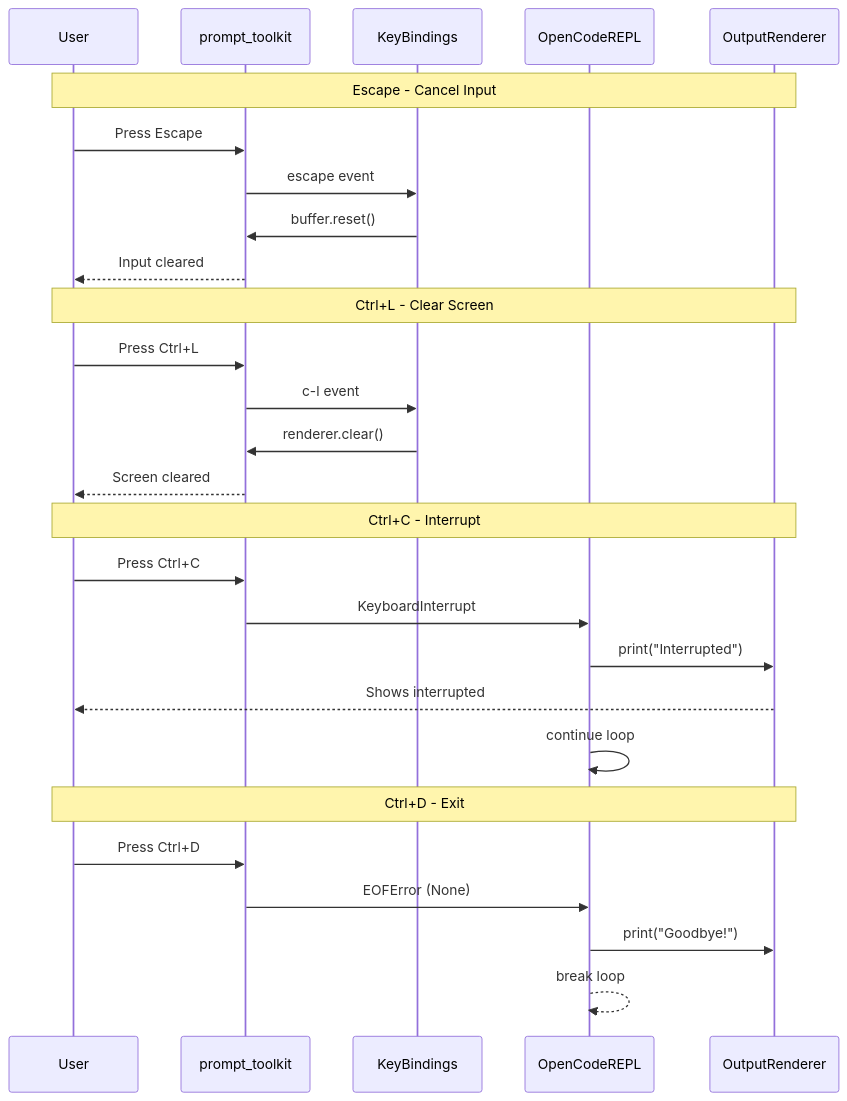
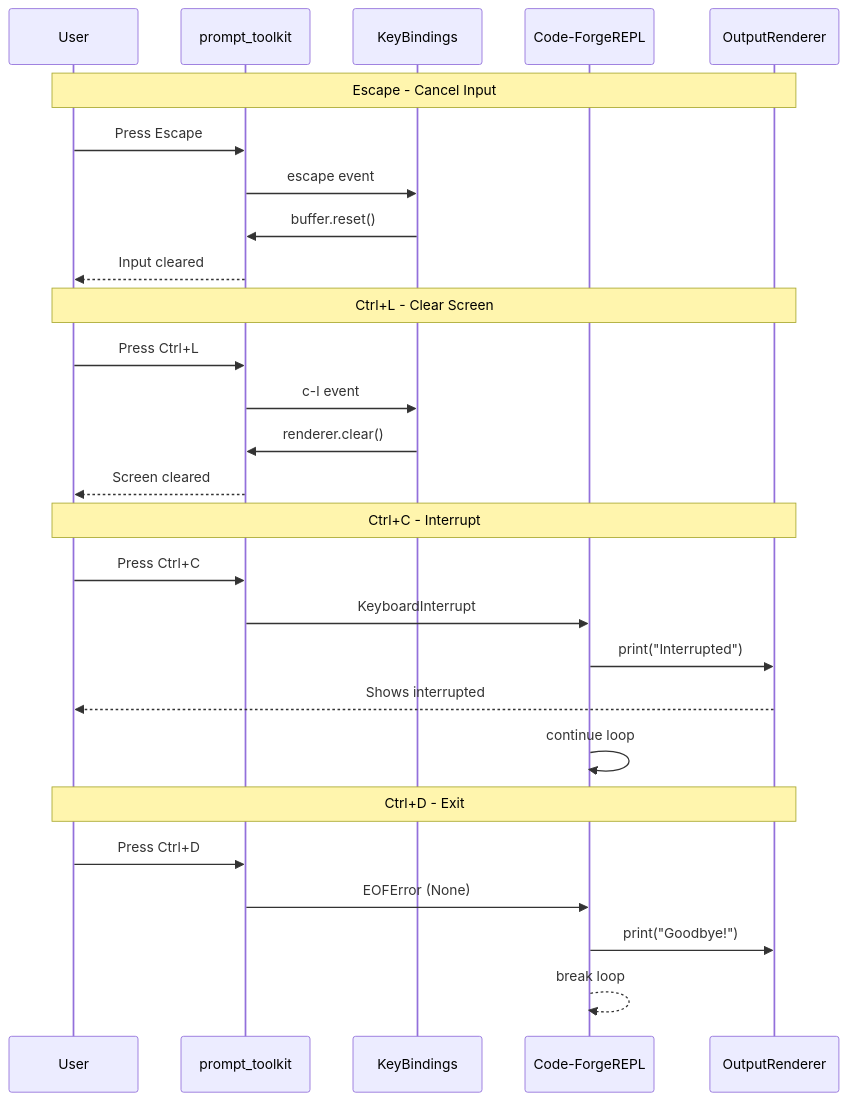
Before and after one commit to corey-rosamond/Code-Forge: the third of 8 diagrams in .ai/phase/1.3/UML.md, drawn with Mermaid. The commit also changed other lines of this file and 505 other files, not shown here.

First line of the commit message:
Rename project from OpenCode to Code-Forge

````diff
--- a/.ai/phase/1.3/UML.md
+++ b/.ai/phase/1.3/UML.md
@@ -124,33 +124,33 @@
 ```mermaid
 sequenceDiagram
     participant U as User
     participant PT as prompt_toolkit
     participant KB as KeyBindings
-    participant R as OpenCodeREPL
+    participant R as Code-ForgeREPL
     participant O as OutputRenderer
 
     Note over U,O: Escape - Cancel Input
     U->>PT: Press Escape
     PT->>KB: escape event
     KB->>PT: buffer.reset()
     PT-->>U: Input cleared
 
     Note over U,O: Ctrl+L - Clear Screen
     U->>PT: Press Ctrl+L
     PT->>KB: c-l event
     KB->>PT: renderer.clear()
     PT-->>U: Screen cleared
 
     Note over U,O: Ctrl+C - Interrupt
     U->>PT: Press Ctrl+C
     PT->>R: KeyboardInterrupt
     R->>O: print("Interrupted")
     O-->>U: Shows interrupted
     R->>R: continue loop
 
     Note over U,O: Ctrl+D - Exit
     U->>PT: Press Ctrl+D
     PT->>R: EOFError (None)
     R->>O: print("Goodbye!")
     R-->>R: break loop
 ```
````
